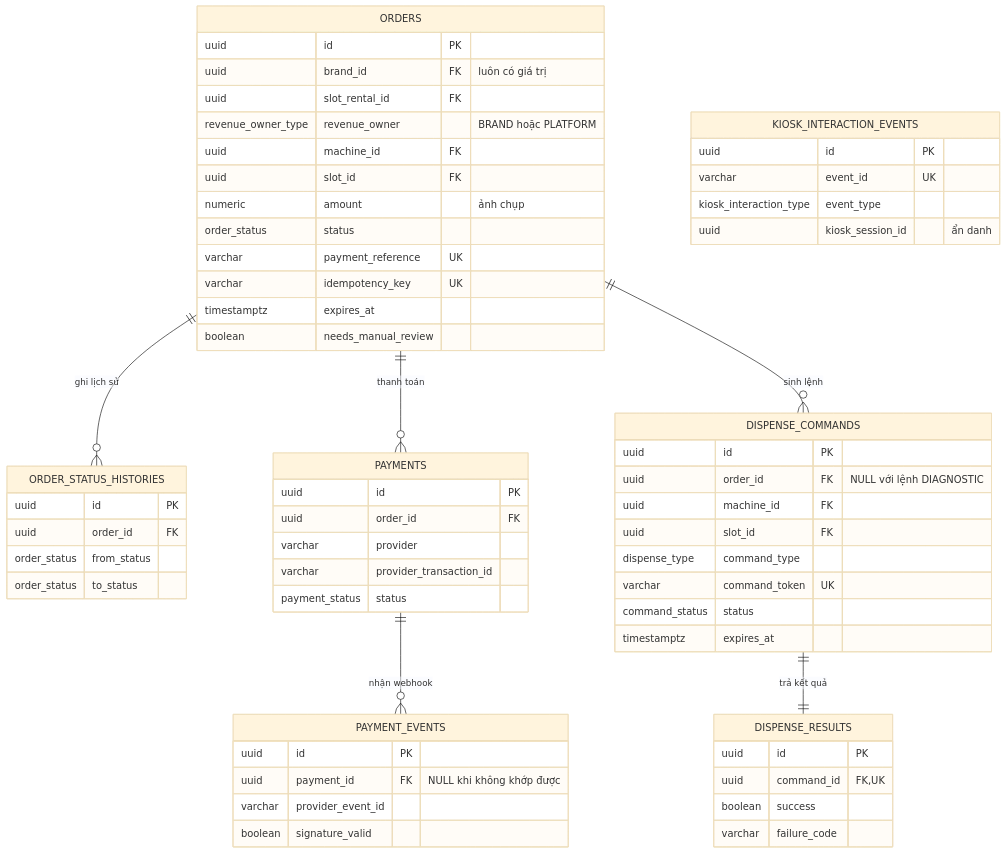
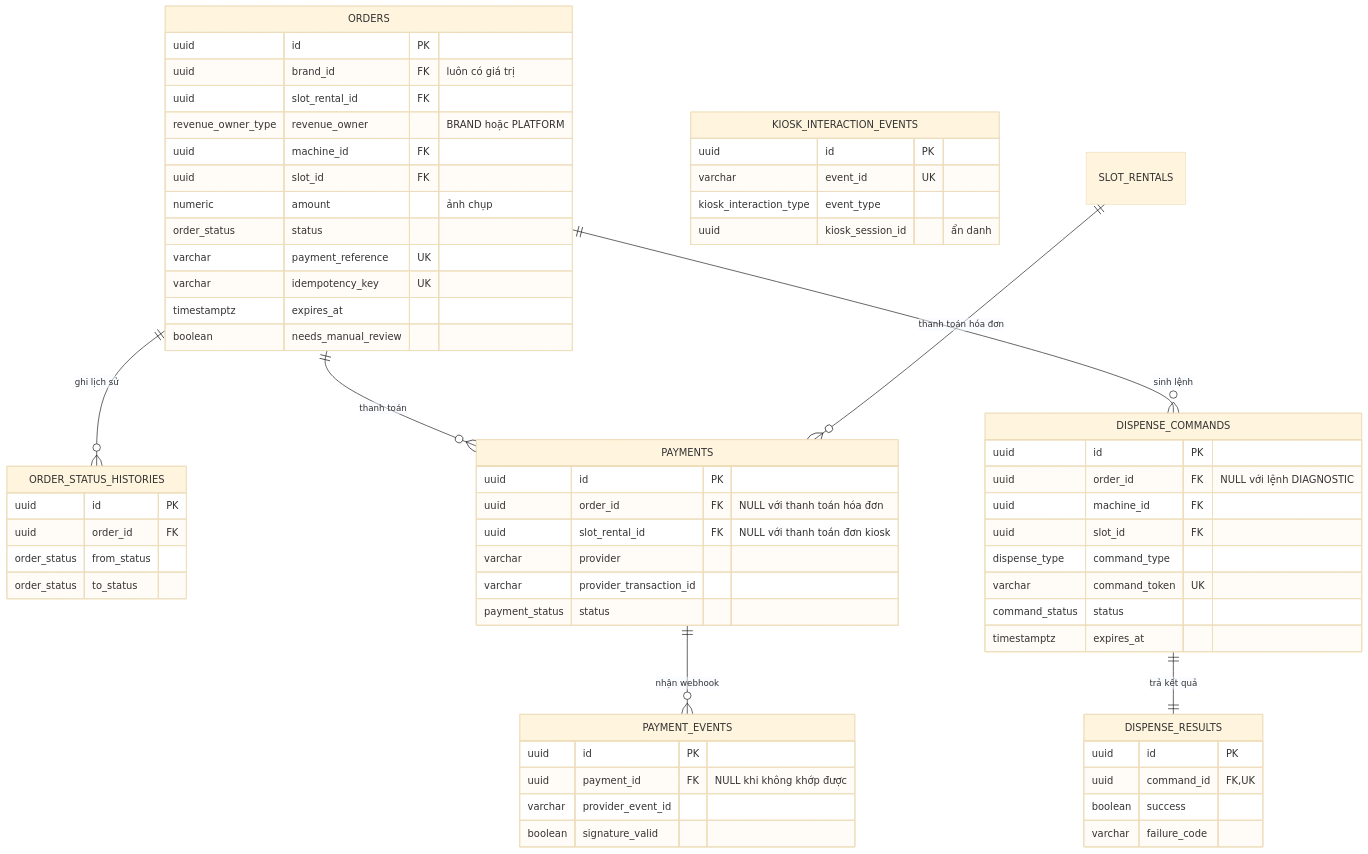
The fifth of 7 diagrams in spec/contracts/erd.md (nhax-work/Muti-Brand_PerfumeIOT), drawn with Mermaid (base theme) before and after one commit. The commit also changed other lines of this file and 37 other files, not shown here.

Commit message:
chore: add initial project specifications, architecture docs, API contracts, and database migrations

````diff
--- a/spec/contracts/erd.md
+++ b/spec/contracts/erd.md
@@ -271,64 +321,66 @@
 ```mermaid
 erDiagram
     ORDERS {
         uuid id PK
         uuid brand_id FK "luôn có giá trị"
         uuid slot_rental_id FK
         revenue_owner_type revenue_owner "BRAND hoặc PLATFORM"
         uuid machine_id FK
         uuid slot_id FK
         numeric amount "ảnh chụp"
         order_status status
         varchar payment_reference UK
         varchar idempotency_key UK
         timestamptz expires_at
         boolean needs_manual_review
     }
     ORDER_STATUS_HISTORIES {
         uuid id PK
         uuid order_id FK
         order_status from_status
         order_status to_status
     }
     PAYMENTS {
         uuid id PK
-        uuid order_id FK
+        uuid order_id FK "NULL với thanh toán hóa đơn"
+        uuid slot_rental_id FK "NULL với thanh toán đơn kiosk"
         varchar provider
         varchar provider_transaction_id
         payment_status status
     }
     PAYMENT_EVENTS {
         uuid id PK
         uuid payment_id FK "NULL khi không khớp được"
         varchar provider_event_id
         boolean signature_valid
     }
     DISPENSE_COMMANDS {
         uuid id PK
         uuid order_id FK "NULL với lệnh DIAGNOSTIC"
         uuid machine_id FK
         uuid slot_id FK
         dispense_type command_type
         varchar command_token UK
         command_status status
         timestamptz expires_at
     }
     DISPENSE_RESULTS {
         uuid id PK
         uuid command_id FK,UK
         boolean success
         varchar failure_code
     }
     KIOSK_INTERACTION_EVENTS {
         uuid id PK
         varchar event_id UK
         kiosk_interaction_type event_type
         uuid kiosk_session_id "ẩn danh"
     }
 
     ORDERS ||--o{ ORDER_STATUS_HISTORIES : "ghi lịch sử"
     ORDERS ||--o{ PAYMENTS : "thanh toán"
+    SLOT_RENTALS ||--o{ PAYMENTS : "thanh toán hóa đơn"
     PAYMENTS ||--o{ PAYMENT_EVENTS : "nhận webhook"
     ORDERS ||--o{ DISPENSE_COMMANDS : "sinh lệnh"
     DISPENSE_COMMANDS ||--|| DISPENSE_RESULTS : "trả kết quả"
 ```
````
